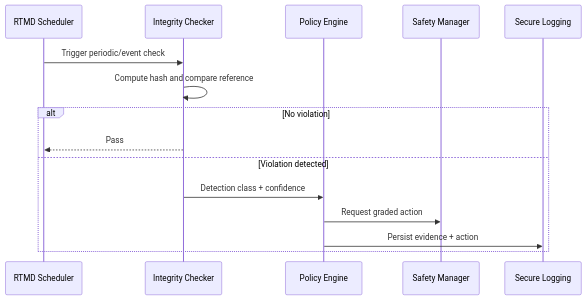
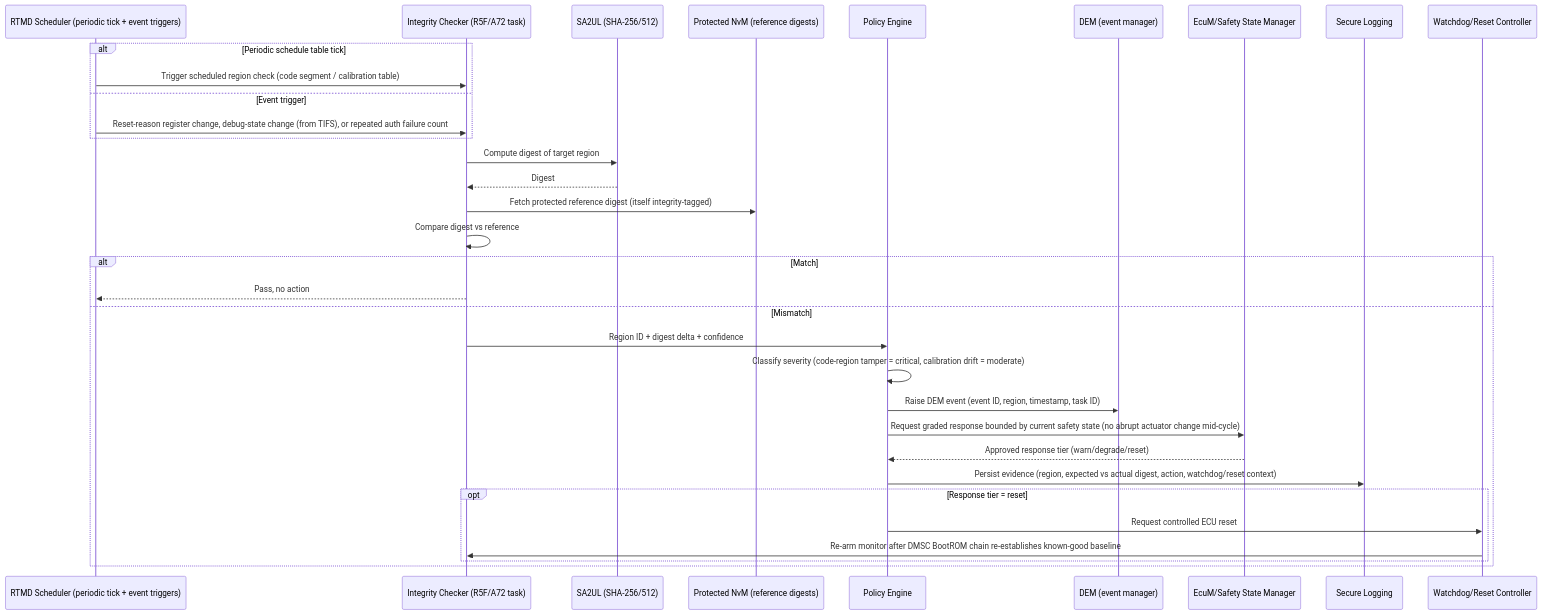
The third of 3 diagrams in TDA4VM_RTMD_Requirements.md (vinodneelakantam/Sec_Concepts_Req_tracability), drawn with Mermaid before and after one commit. The commit also changed other lines of this file and 8 other files, not shown here.

````diff
--- a/TDA4VM_RTMD_Requirements.md
+++ b/TDA4VM_RTMD_Requirements.md
@@ -92,18 +92,36 @@
 ```mermaid
 sequenceDiagram
-  participant S as RTMD Scheduler
-  participant C as Integrity Checker
+  participant S as RTMD Scheduler (periodic tick + event triggers)
+  participant C as Integrity Checker (R5F/A72 task)
+  participant Y as SA2UL (SHA-256/512)
+  participant N as Protected NvM (reference digests)
   participant P as Policy Engine
-  participant M as Safety Manager
+  participant DM as DEM (event manager)
+  participant EM as EcuM/Safety State Manager
   participant L as Secure Logging
+  participant W as Watchdog/Reset Controller
 
-  S->>C: Trigger periodic/event check
-  C->>C: Compute hash and compare reference
-  alt No violation
-    C-->>S: Pass
-  else Violation detected
-    C->>P: Detection class + confidence
-    P->>M: Request graded action
-    P->>L: Persist evidence + action
+  alt Periodic schedule table tick
+    S->>C: Trigger scheduled region check (code segment / calibration table)
+  else Event trigger
+    S->>C: Reset-reason register change, debug-state change (from TIFS), or repeated auth failure count
+  end
+  C->>Y: Compute digest of target region
+  Y-->>C: Digest
+  C->>N: Fetch protected reference digest (itself integrity-tagged)
+  C->>C: Compare digest vs reference
+  alt Match
+    C-->>S: Pass, no action
+  else Mismatch
+    C->>P: Region ID + digest delta + confidence
+    P->>P: Classify severity (code-region tamper = critical, calibration drift = moderate)
+    P->>DM: Raise DEM event (event ID, region, timestamp, task ID)
+    P->>EM: Request graded response bounded by current safety state (no abrupt actuator change mid-cycle)
+    EM-->>P: Approved response tier (warn/degrade/reset)
+    P->>L: Persist evidence (region, expected vs actual digest, action, watchdog/reset context)
+    opt Response tier = reset
+      P->>W: Request controlled ECU reset
+      W->>C: Re-arm monitor after DMSC BootROM chain re-establishes known-good baseline
+    end
   end
 ```
````
